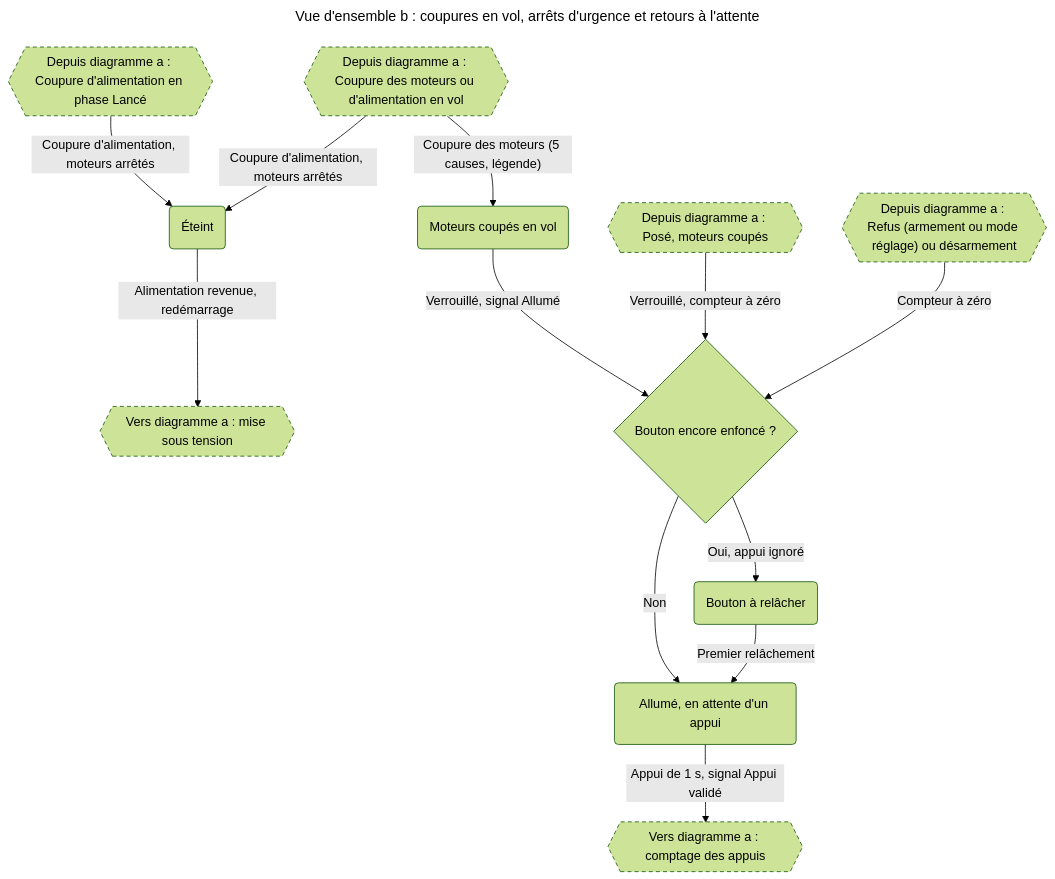
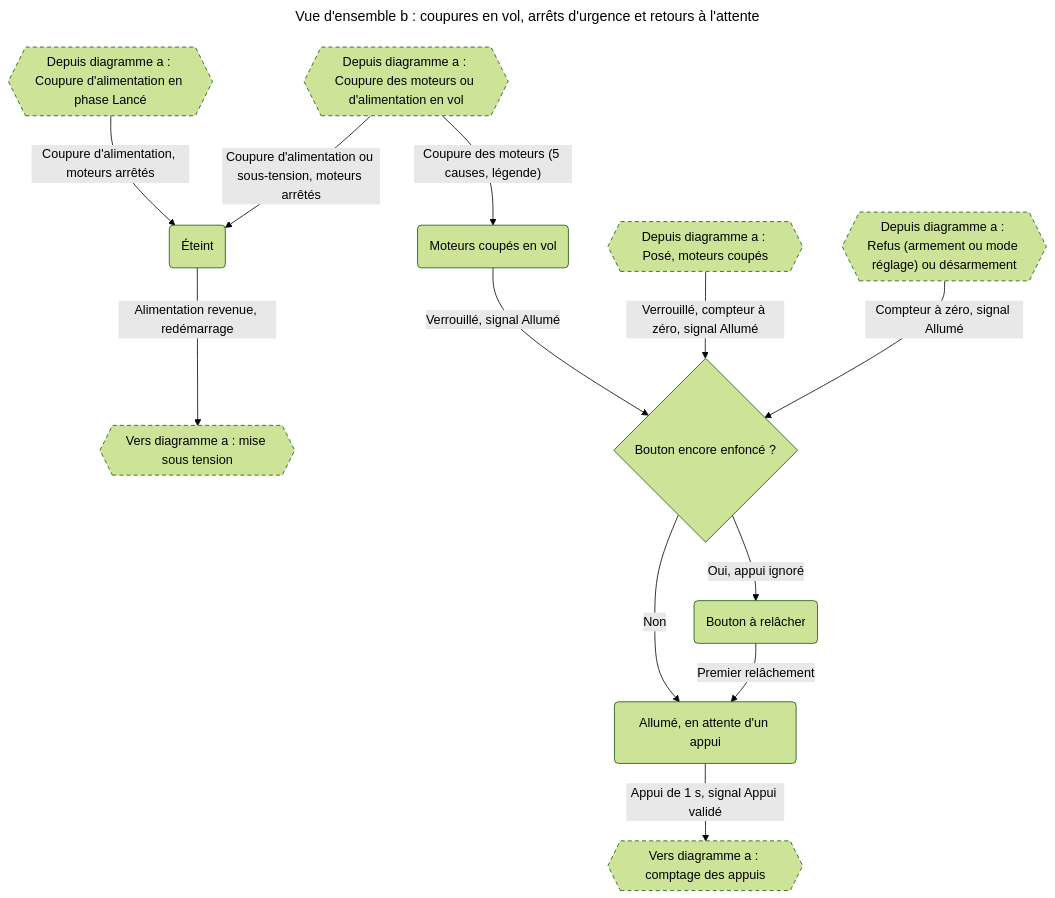
The third of 16 diagrams in projets/boomrone/00-scenarios.md (thourymatthieu-png/coworker_archi_system), drawn with Mermaid (forest theme) before and after one commit. The commit also changed other lines of this file and 7 other files, not shown here.

Commit message:
Boomrone : DEC-115 à DEC-126, SCN-012 sous-tension, risques-acceptes.md, 15 doutes ouverts

````diff
--- a/projets/boomrone/00-scenarios.md
+++ b/projets/boomrone/00-scenarios.md
@@ -142,30 +153,30 @@
 ```mermaid
 ---
 title: "Vue d'ensemble b : coupures en vol, arrêts d'urgence et retours à l'attente"
 ---
 flowchart TD
     RAL{{"Depuis diagramme a : Coupure d'alimentation en phase Lancé"}}
     RAV{{"Depuis diagramme a : Coupure des moteurs ou d'alimentation en vol"}}
     RAP{{"Depuis diagramme a : Posé, moteurs coupés"}}
     RAR{{"Depuis diagramme a : Refus (armement ou mode réglage) ou désarmement"}}
     Coupe("Moteurs coupés en vol")
     Eteint("Éteint")
     VersA{{"Vers diagramme a : mise sous tension"}}
     Dec{"Bouton encore enfoncé ?"}
     Attente("Allumé, en attente d'un appui")
     ARel("Bouton à relâcher")
     VersA2{{"Vers diagramme a : comptage des appuis"}}
     RAL -->|"Coupure d'alimentation, moteurs arrêtés"| Eteint
     RAV -->|"Coupure des moteurs (5 causes, légende)"| Coupe
-    RAV -->|"Coupure d'alimentation, moteurs arrêtés"| Eteint
+    RAV -->|"Coupure d'alimentation ou sous-tension, moteurs arrêtés"| Eteint
     Eteint -->|"Alimentation revenue, redémarrage"| VersA
     Coupe -->|"Verrouillé, signal Allumé"| Dec
-    RAP -->|"Verrouillé, compteur à zéro"| Dec
-    RAR -->|"Compteur à zéro"| Dec
+    RAP -->|"Verrouillé, compteur à zéro, signal Allumé"| Dec
+    RAR -->|"Compteur à zéro, signal Allumé"| Dec
     Dec -->|"Non"| Attente
     Dec -->|"Oui, appui ignoré"| ARel
     ARel -->|"Premier relâchement"| Attente
     Attente -->|"Appui de 1 s, signal Appui validé"| VersA2
     classDef renvoi stroke-dasharray: 5 4
     class RAL,RAV,RAP,RAR,VersA,VersA2 renvoi
 ```
````
